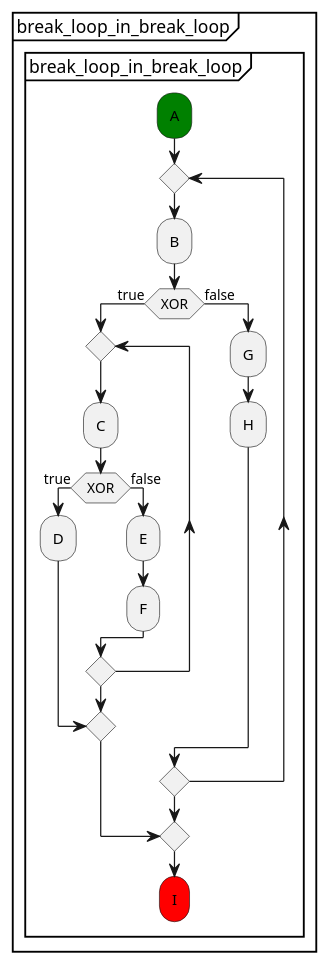
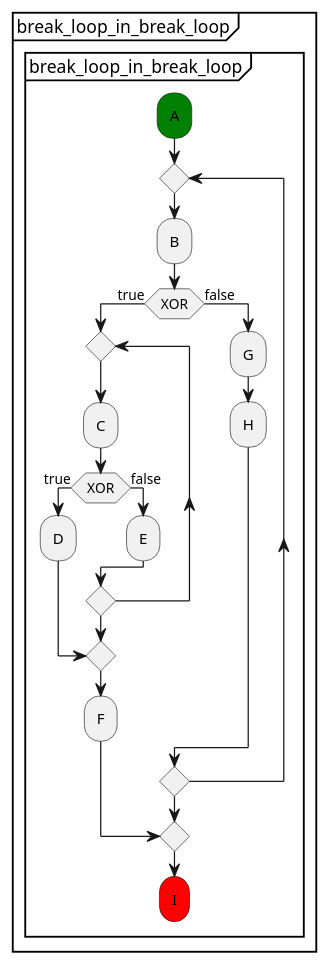
One commit to xtuml/otel2puml changed the diagram in puml_files/break_loop_in_break_loop.puml. Above: the diagram before and after it, drawn with PlantUML. The commit also changed 3 other files, not shown here.

```diff
--- a/puml_files/break_loop_in_break_loop.puml
+++ b/puml_files/break_loop_in_break_loop.puml
@@ -1,27 +1,27 @@
 @startuml
 partition "break_loop_in_break_loop" {
     group "break_loop_in_break_loop"
         #green:A;
         repeat
             :B;
             if (XOR) then (true)
                 repeat
                     :C;
                     if (XOR) then (true)
                         :D;
                         break
                     else (false)
                         :E;
-                        :F;
                     endif
                 repeat while
+                :F;
                 break
             else (false)
                 :G;
                 :H;
             endif
         repeat while
         #red:I; 
     end group
 }
 @enduml
```
